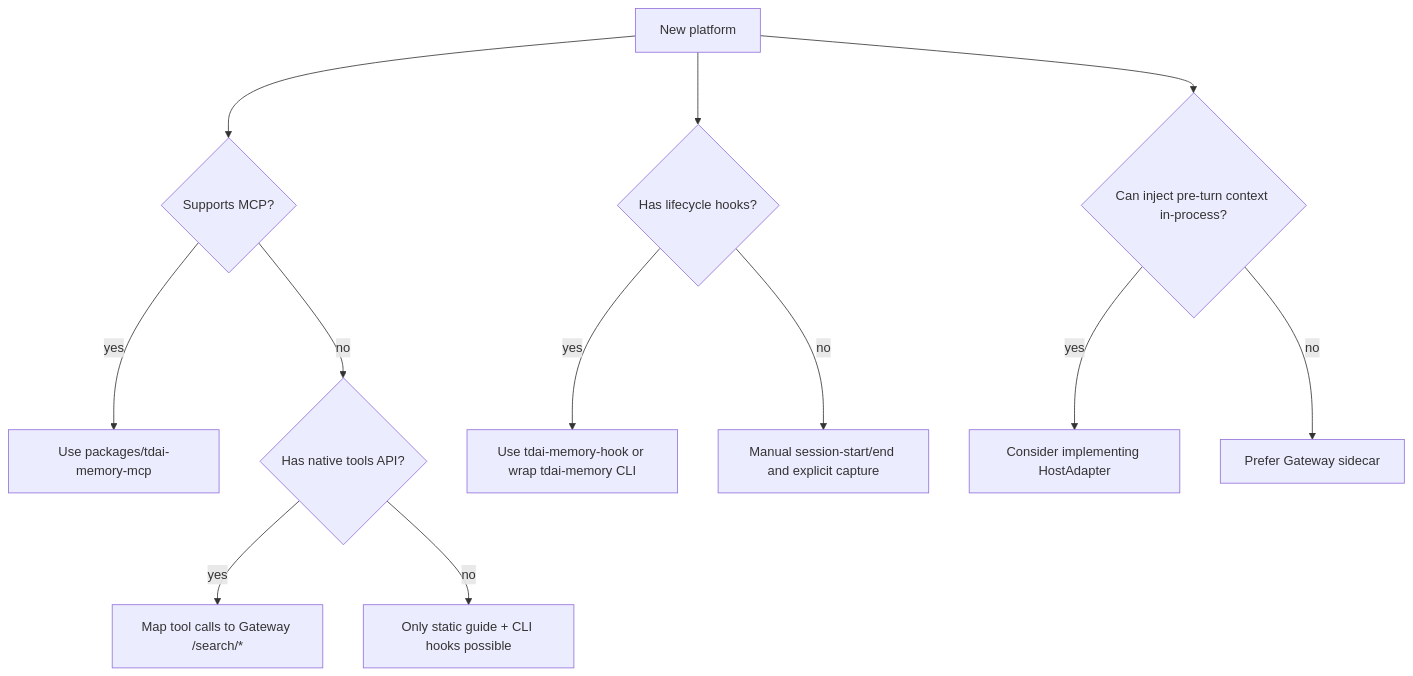
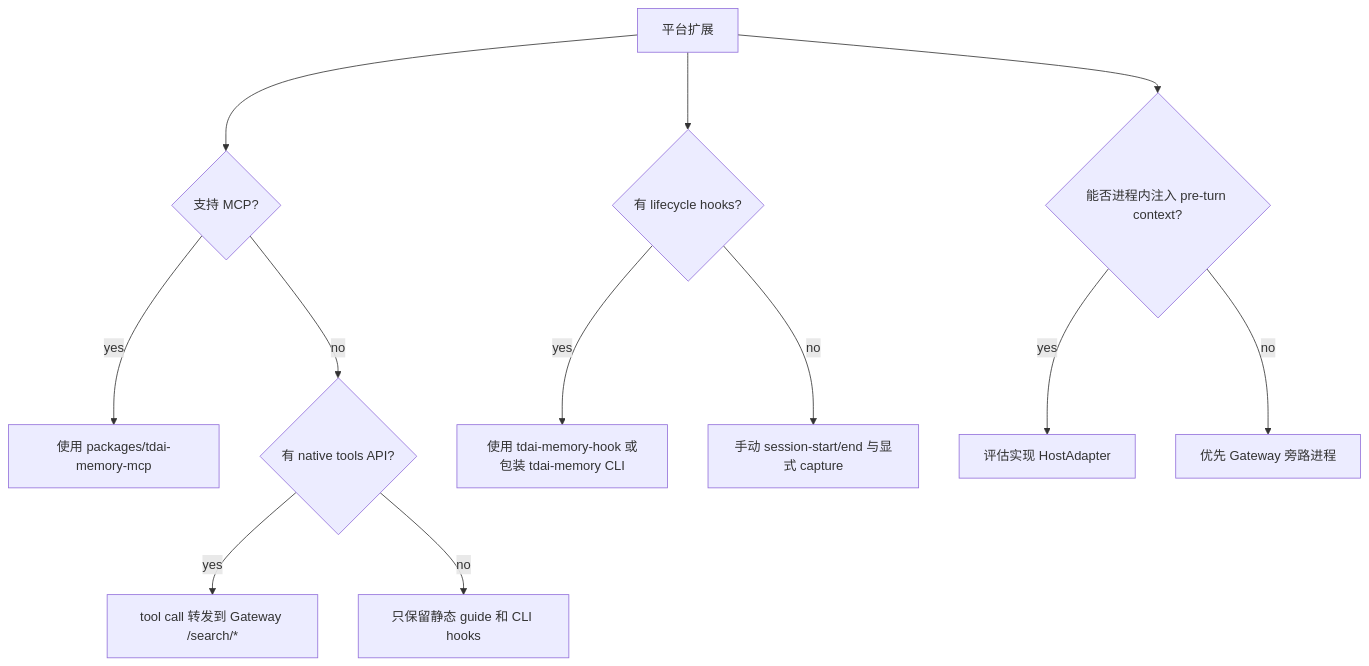
The second of 2 diagrams in Rhino-Bird/tdai-memory-dissection/07-extension-points.md (soongao/TencentDB-Agent-Memory), drawn with Mermaid before and after one commit. The commit also changed other lines of this file and 17 other files, not shown here.

````diff
--- a/Rhino-Bird/tdai-memory-dissection/07-extension-points.md
+++ b/Rhino-Bird/tdai-memory-dissection/07-extension-points.md
@@ -58,16 +58,16 @@
 ```mermaid
 flowchart TD
-  New["New platform"] --> MCPQ{"Supports MCP?"}
-  MCPQ -->|yes| UseMCP["Use packages/tdai-memory-mcp"]
-  MCPQ -->|no| ToolQ{"Has native tools API?"}
-  ToolQ -->|yes| NativeTools["Map tool calls to Gateway /search/*"]
-  ToolQ -->|no| StaticGuide["Only static guide + CLI hooks possible"]
+  New["平台扩展"] --> MCPQ{"支持 MCP?"}
+  MCPQ -->|yes| UseMCP["使用 packages/tdai-memory-mcp"]
+  MCPQ -->|no| ToolQ{"有 native tools API?"}
+  ToolQ -->|yes| NativeTools["tool call 转发到 Gateway /search/*"]
+  ToolQ -->|no| StaticGuide["只保留静态 guide 和 CLI hooks"]
 
-  New --> HookQ{"Has lifecycle hooks?"}
-  HookQ -->|yes| UseCLI["Use tdai-memory-hook or wrap tdai-memory CLI"]
-  HookQ -->|no| Manual["Manual session-start/end and explicit capture"]
+  New --> HookQ{"有 lifecycle hooks?"}
+  HookQ -->|yes| UseCLI["使用 tdai-memory-hook 或包装 tdai-memory CLI"]
+  HookQ -->|no| Manual["手动 session-start/end 与显式 capture"]
 
-  New --> DeepQ{"Can inject pre-turn context in-process?"}
-  DeepQ -->|yes| HostAdapter["Consider implementing HostAdapter"]
-  DeepQ -->|no| Gateway["Prefer Gateway sidecar"]
+  New --> DeepQ{"能否进程内注入 pre-turn context?"}
+  DeepQ -->|yes| HostAdapter["评估实现 HostAdapter"]
+  DeepQ -->|no| Gateway["优先 Gateway 旁路进程"]
 ```
````
